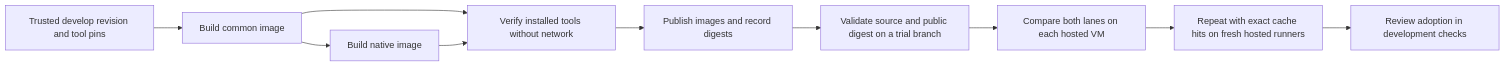
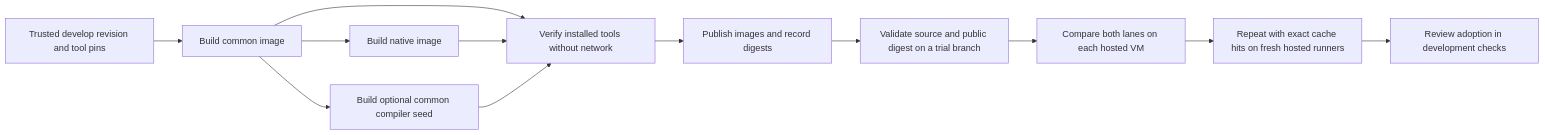
One commit to kmosoti/FabricO11y changed the seventh of 9 diagrams in docs/architecture.md. Above: the diagram before and after it, drawn with Mermaid. The commit also changed other lines of this file and 2 other files, not shown here.

Commit message:
docs: record compiler seed evidence and trust boundaries

````diff
--- a/docs/architecture.md
+++ b/docs/architecture.md
@@ -206,12 +209,14 @@
 ```mermaid
 flowchart LR
     Pins["Trusted develop revision and tool pins"] --> Common["Build common image"]
     Common --> Native["Build native image"]
+    Common --> Seed["Build optional common compiler seed"]
     Common --> Offline["Verify installed tools without network"]
     Native --> Offline
+    Seed --> Offline
     Offline --> Registry["Publish images and record digests"]
     Registry --> Plan["Validate source and public digest on a trial branch"]
     Plan --> Cold["Compare both lanes on each hosted VM"]
     Cold --> Warm["Repeat with exact cache hits on fresh hosted runners"]
     Warm --> Review["Review adoption in development checks"]
 ```
````
